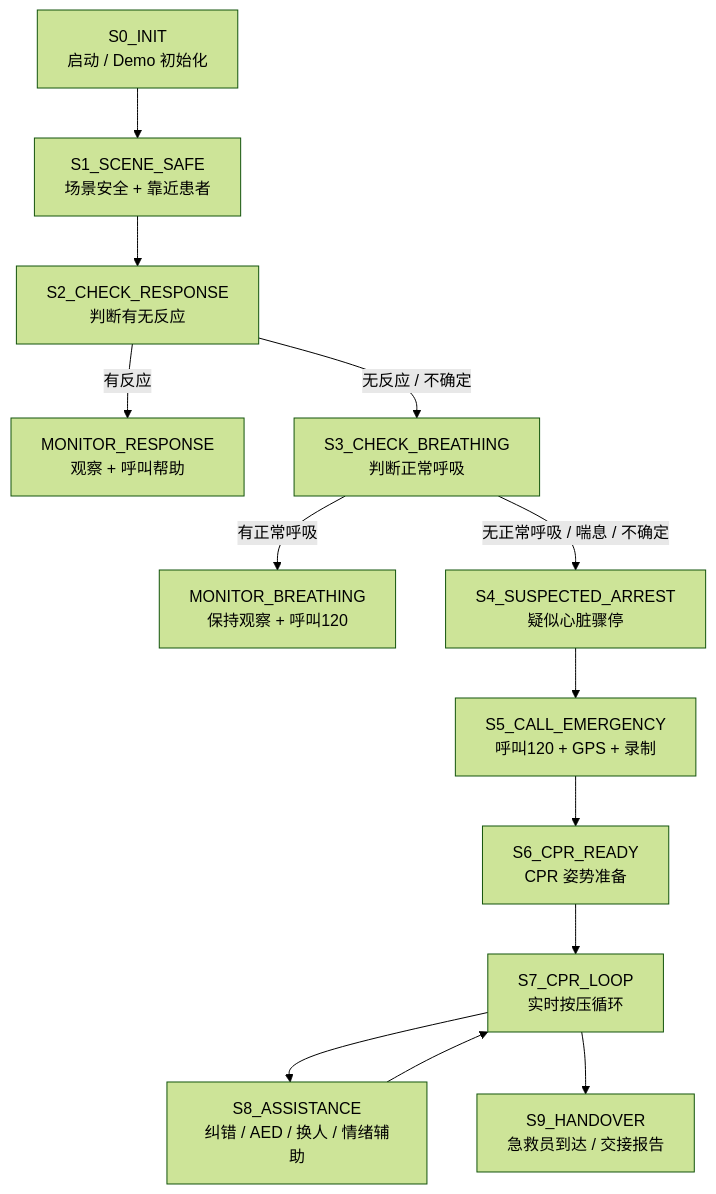
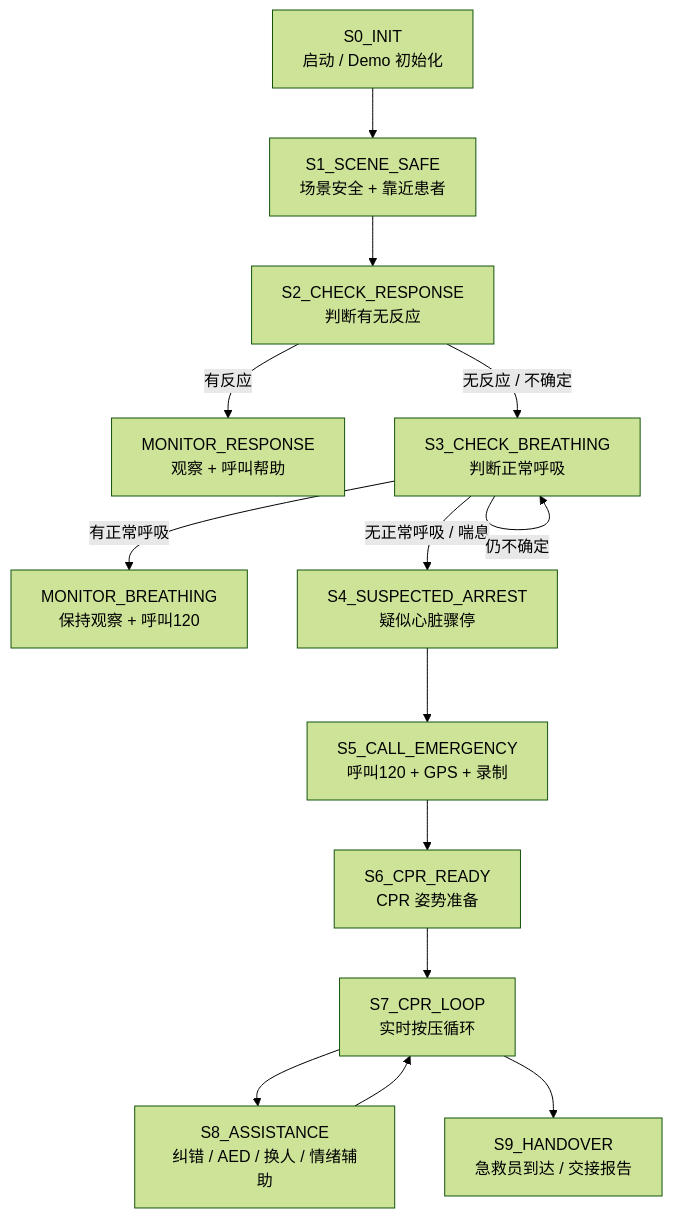
Before and after one commit to Remaker-A/first-aid-co-pilot: the second of 3 diagrams in FirstAid_Copilot_Agent_Technical_Design.md, drawn with Mermaid (forest theme). The commit also changed other lines of this file and 659 other files, not shown here.

````diff
--- a/FirstAid_Copilot_Agent_Technical_Design.md
+++ b/FirstAid_Copilot_Agent_Technical_Design.md
@@ -176,15 +176,16 @@
 ```mermaid
 flowchart TD
   S0["S0_INIT<br/>启动 / Demo 初始化"] --> S1["S1_SCENE_SAFE<br/>场景安全 + 靠近患者"]
   S1 --> S2["S2_CHECK_RESPONSE<br/>判断有无反应"]
   S2 -->|有反应| M1["MONITOR_RESPONSE<br/>观察 + 呼叫帮助"]
   S2 -->|无反应 / 不确定| S3["S3_CHECK_BREATHING<br/>判断正常呼吸"]
   S3 -->|有正常呼吸| M2["MONITOR_BREATHING<br/>保持观察 + 呼叫120"]
-  S3 -->|无正常呼吸 / 喘息 / 不确定| S4["S4_SUSPECTED_ARREST<br/>疑似心脏骤停"]
+  S3 -->|无正常呼吸 / 喘息| S4["S4_SUSPECTED_ARREST<br/>疑似心脏骤停"]
+  S3 -->|仍不确定| S3
   S4 --> S5["S5_CALL_EMERGENCY<br/>呼叫120 + GPS + 录制"]
   S5 --> S6["S6_CPR_READY<br/>CPR 姿势准备"]
   S6 --> S7["S7_CPR_LOOP<br/>实时按压循环"]
   S7 --> S8["S8_ASSISTANCE<br/>纠错 / AED / 换人 / 情绪辅助"]
   S8 --> S7
   S7 --> S9["S9_HANDOVER<br/>急救员到达 / 交接报告"]
 ```
````
